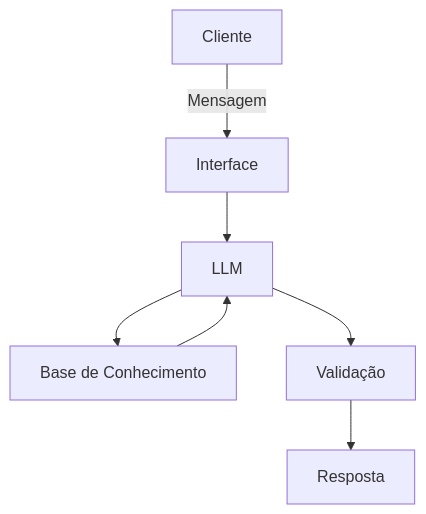
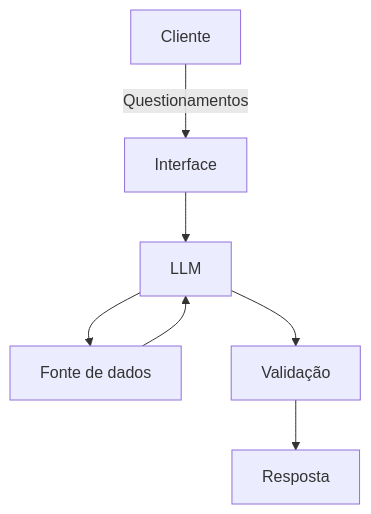
The diagram in docs/01-documentacao-agente.md (cyntiamm/dio-lab-bia-do-futuro), drawn with Mermaid before and after one commit. The commit also changed other lines of this file, not shown here.

````diff
--- a/docs/01-documentacao-agente.md
+++ b/docs/01-documentacao-agente.md
@@ -48,9 +48,9 @@
 ```mermaid
 flowchart TD
-    A[Cliente] -->|Mensagem| B[Interface]
+    A[Cliente] -->|Questionamentos| B[Interface]
     B --> C[LLM]
-    C --> D[Base de Conhecimento]
+    C --> D[Fonte de dados]
     D --> C
     C --> E[Validação]
     E --> F[Resposta]
 ```
````
